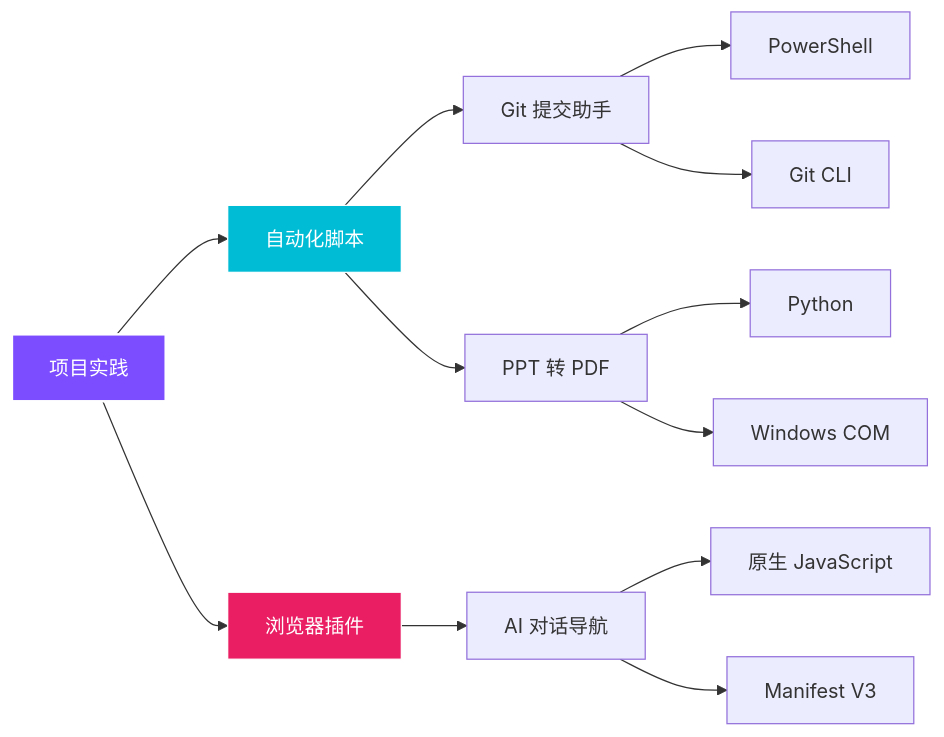
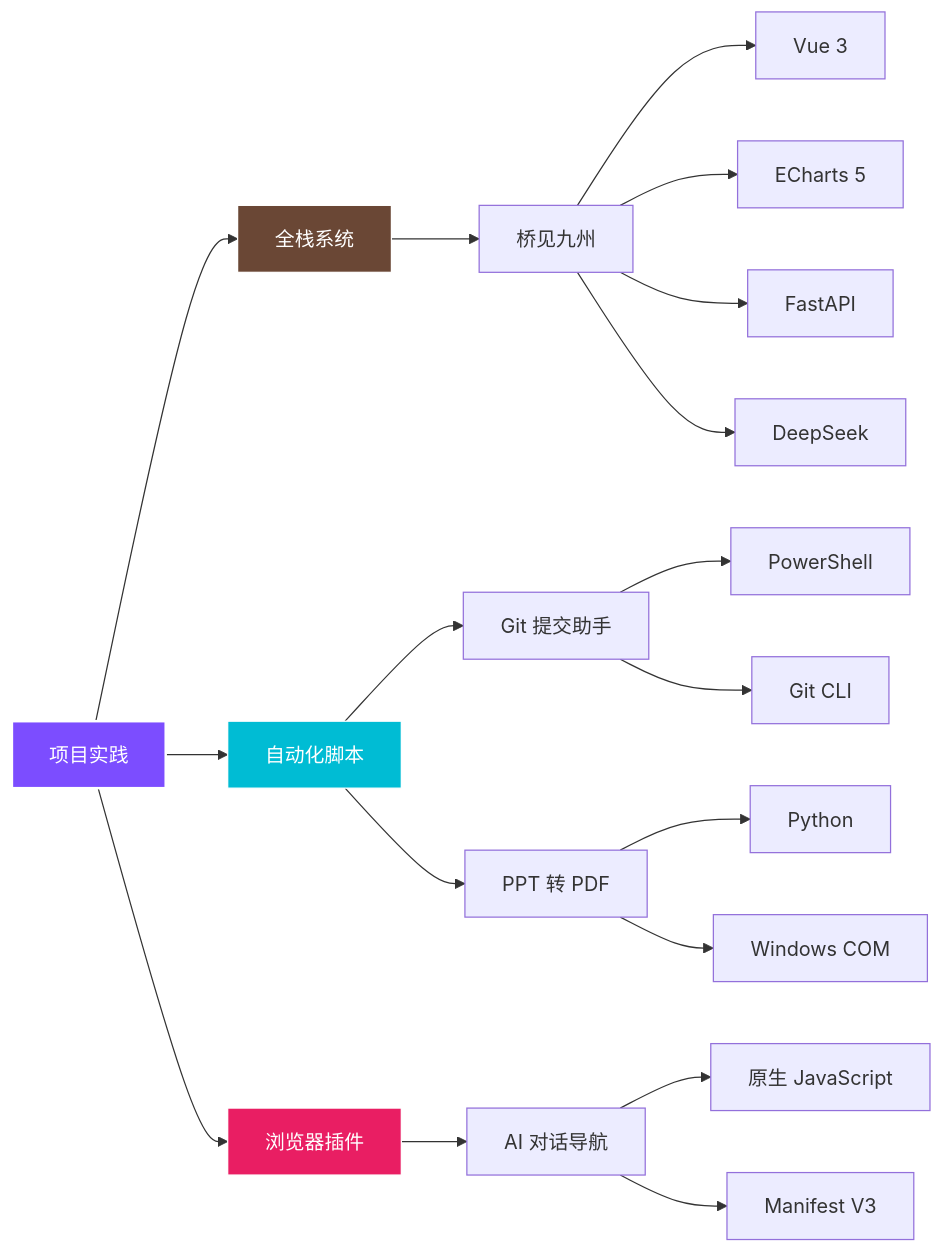
Before and after one commit to moyan726/data-analytics-notes: the diagram in docs/Projects/index.md, drawn with Mermaid. The commit also changed other lines of this file and 3 other files, not shown here.

````diff
--- a/docs/Projects/index.md
+++ b/docs/Projects/index.md
@@ -67,20 +88,27 @@
 ```mermaid
 graph LR
-    Root["项目实践"] --> Auto["自动化脚本"]
+    Root["项目实践"] --> FullStack["全栈系统"]
+    Root --> Auto["自动化脚本"]
     Root --> Plugin["浏览器插件"]
 
+    FullStack --> Bridge["桥见九州"]
     Auto --> Git["Git 提交助手"]
     Auto --> PPT["PPT 转 PDF"]
     Plugin --> Nav["AI 对话导航"]
 
+    Bridge --> Vue["Vue 3"]
+    Bridge --> ECharts["ECharts 5"]
+    Bridge --> FastAPI["FastAPI"]
+    Bridge --> DeepSeek["DeepSeek"]
     Git --> PS["PowerShell"]
     Git --> GitTool["Git CLI"]
     PPT --> Py["Python"]
     PPT --> COM["Windows COM"]
     Nav --> JS["原生 JavaScript"]
     Nav --> MV3["Manifest V3"]
 
     style Root fill:#7c4dff,stroke:#fff,stroke-width:2px,color:#fff
+    style FullStack fill:#6a4735,stroke:#fff,color:#fff
     style Auto fill:#00bcd4,stroke:#fff,color:#fff
     style Plugin fill:#e91e63,stroke:#fff,color:#fff
 ```
````
